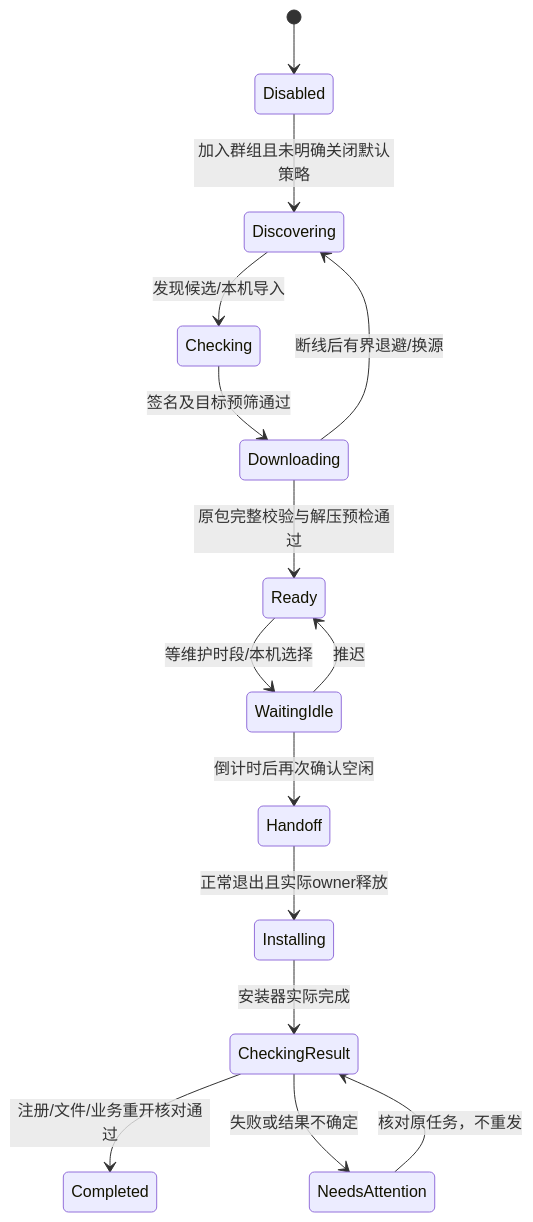
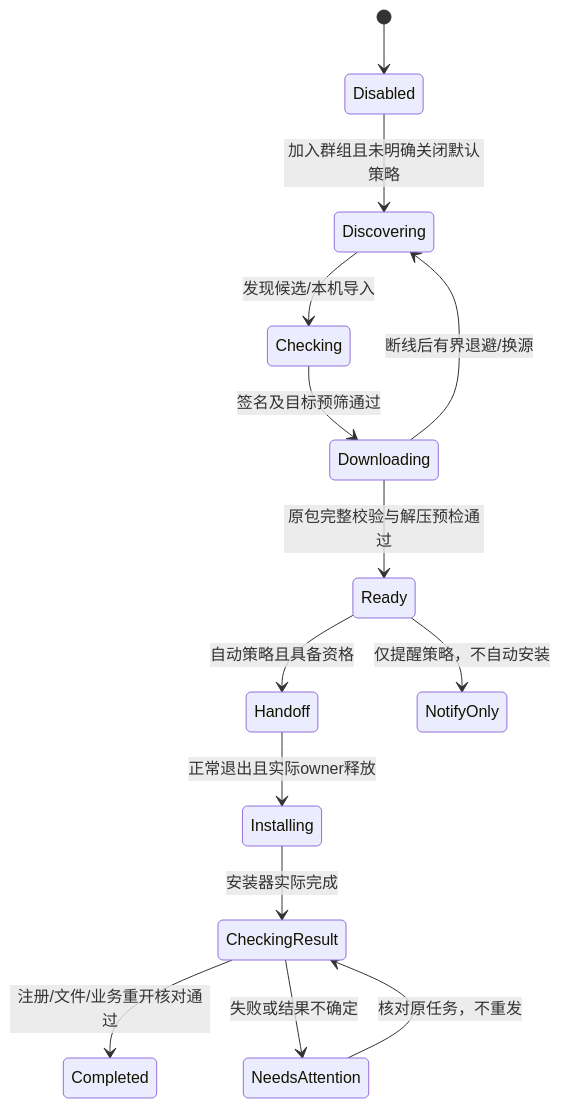
Before and after one commit to NevermoreN/future-classroom: the second of 2 diagrams in 开发计划/30-校内协同更新与安全分发方案.md, drawn with Mermaid. The commit also changed other lines of this file and 14 other files, not shown here.

````diff
--- a/开发计划/30-校内协同更新与安全分发方案.md
+++ b/开发计划/30-校内协同更新与安全分发方案.md
@@ -124,17 +124,16 @@
 ```mermaid
 stateDiagram-v2
     [*] --> Disabled
     Disabled --> Discovering: 加入群组且未明确关闭默认策略
     Discovering --> Checking: 发现候选/本机导入
     Checking --> Downloading: 签名及目标预筛通过
     Downloading --> Ready: 原包完整校验与解压预检通过
-    Ready --> WaitingIdle: 等维护时段/本机选择
-    WaitingIdle --> Handoff: 倒计时后再次确认空闲
+    Ready --> Handoff: 自动策略且具备资格
+    Ready --> NotifyOnly: 仅提醒策略，不自动安装
     Handoff --> Installing: 正常退出且实际owner释放
     Installing --> CheckingResult: 安装器实际完成
     CheckingResult --> Completed: 注册/文件/业务重开核对通过
     CheckingResult --> NeedsAttention: 失败或结果不确定
     Downloading --> Discovering: 断线后有界退避/换源
-    WaitingIdle --> Ready: 推迟
     NeedsAttention --> CheckingResult: 核对原任务，不重发
 ```
````
